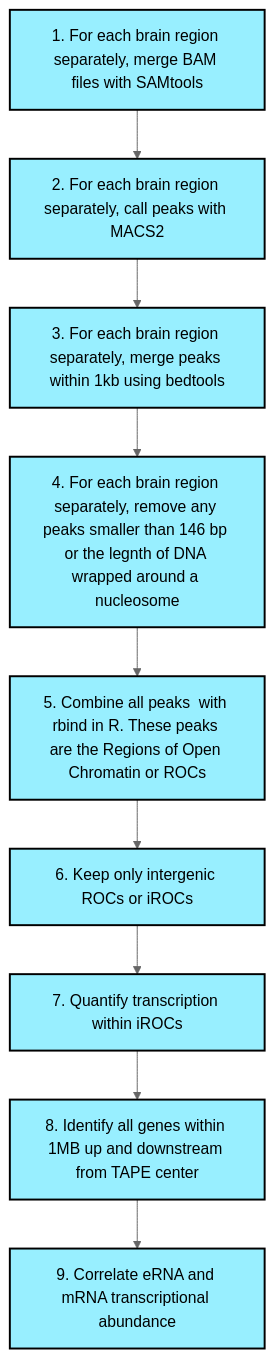
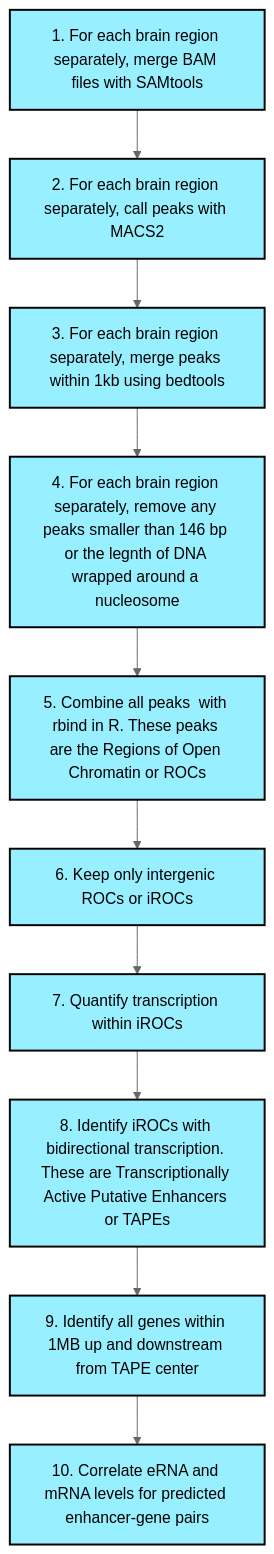
Before and after one commit to Jeremy-Day-Lab/Nucleic_Acids_Research_2020: the diagram in README.md, drawn with Mermaid (neutral theme).

````diff
--- a/README.md
+++ b/README.md
@@ -11,20 +11,22 @@
 ```mermaid
 graph TD;
 A[1. For each brain region separately, merge BAM files with SAMtools] --> B[2. For each brain region separately, call peaks with MACS2];
   B --> C[3. For each brain region separately, merge peaks within 1kb using bedtools];
   C --> D[4. For each brain region separately, remove any peaks smaller than 146 bp or the legnth of DNA wrapped around a nucleosome];
   D --> E[5. Combine all peaks  with rbind in R. These peaks are the Regions of Open Chromatin or ROCs];
   E --> F[6. Keep only intergenic ROCs or iROCs];
   F --> G[7. Quantify transcription within iROCs];
-  G --> H[8. Identify all genes within 1MB up and downstream from TAPE center];
-  H --> I[9. Correlate eRNA and mRNA transcriptional abundance];
+  G --> H[8. Identify iROCs with bidirectional transcription. These are Transcriptionally Active Putative Enhancers or TAPEs]
+  H --> I[9. Identify all genes within 1MB up and downstream from TAPE center];
+  I --> J[10. Correlate eRNA and mRNA levels for predicted enhancer-gene pairs];
 	style A fill:#98EFFF,stroke:#000,stroke-width:2px;	
 	style B fill:#98EFFF,stroke:#000,stroke-width:2px;	
 	style C fill:#98EFFF,stroke:#000,stroke-width:2px;	
 	style D fill:#98EFFF,stroke:#000,stroke-width:2px;	
 	style E fill:#98EFFF,stroke:#000,stroke-width:2px;	
 	style F fill:#98EFFF,stroke:#000,stroke-width:2px;	
 	style G fill:#98EFFF,stroke:#000,stroke-width:2px;	
 	style H fill:#98EFFF,stroke:#000,stroke-width:2px;	
-	style I fill:#98EFFF,stroke:#000,stroke-width:2px;	
+	style I fill:#98EFFF,stroke:#000,stroke-width:2px;
+	style J fill:#98EFFF,stroke:#000,stroke-width:2px;	
 ```
````
